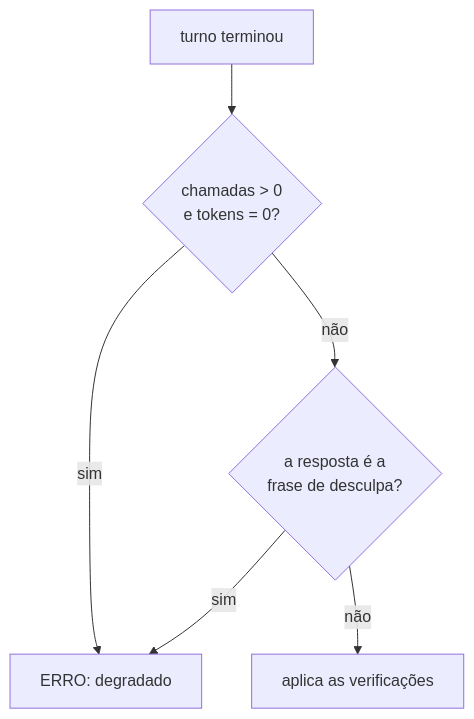
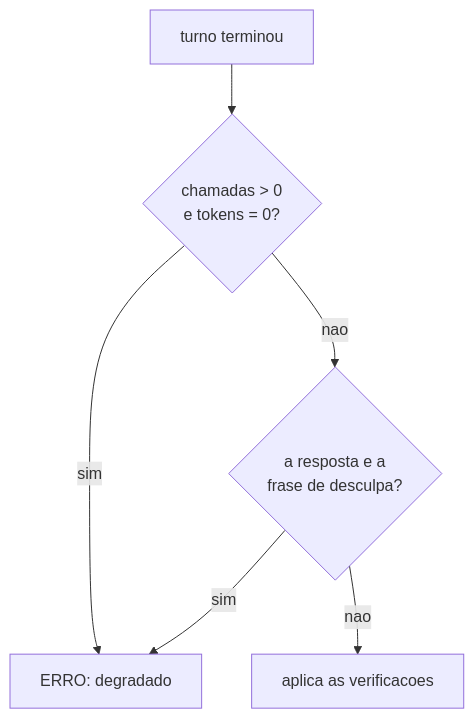
Before and after one commit to andrenv14/sofia-eval: the third of 3 diagrams in README.md, drawn with Mermaid. The commit also changed other lines of this file, not shown here.

````diff
--- a/README.md
+++ b/README.md
@@ -182,8 +200,8 @@
 ```mermaid
 flowchart TD
   A[turno terminou] --> B{"chamadas > 0<br/>e tokens = 0?"}
   B -->|sim| E[ERRO: degradado]
-  B -->|não| C{"a resposta é a<br/>frase de desculpa?"}
+  B -->|nao| C{"a resposta e a<br/>frase de desculpa?"}
   C -->|sim| E
-  C -->|não| V[aplica as verificações]
+  C -->|nao| V[aplica as verificacoes]
 ```
````
